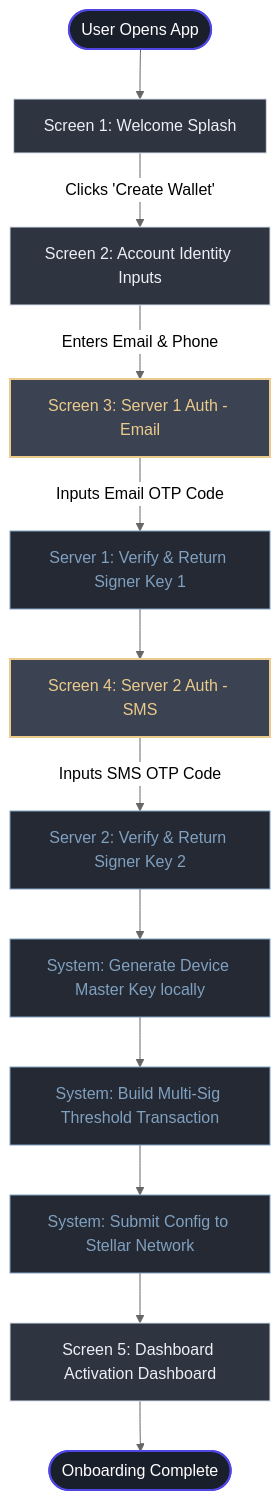
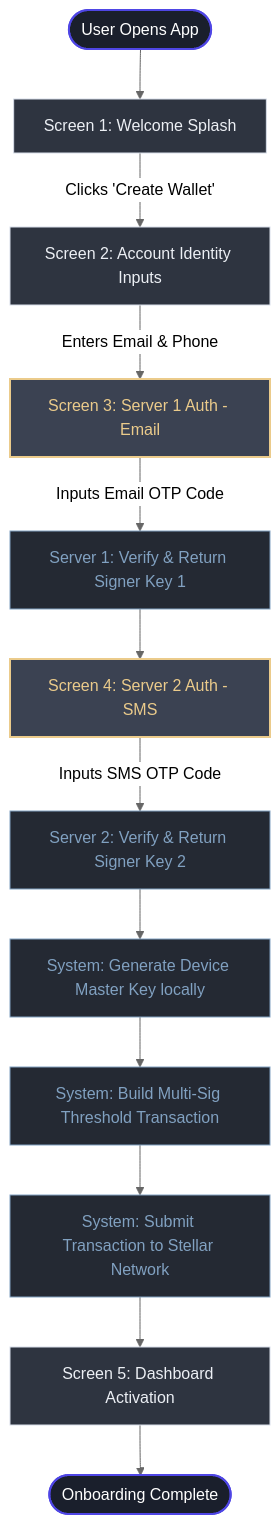
The second of 2 diagrams in submissions/scf_phase2_deliverables.md (CodelnGhana/codelnpay-project), drawn with Mermaid (neutral theme) before and after one commit. The commit also changed other lines of this file, not shown here.

````diff
--- a/submissions/scf_phase2_deliverables.md
+++ b/submissions/scf_phase2_deliverables.md
@@ -52,31 +60,31 @@
 ```mermaid
 graph TD
     %% Styling Configuration
     classDef startEnd fill:#1A1F2C,stroke:#4F46E5,stroke-width:2px,color:#fff;
     classDef process fill:#2E3440,stroke:#D8DEE9,stroke-width:1px,color:#ECEFF4;
     classDef auth fill:#3B4252,stroke:#EBCB8B,stroke-width:2px,color:#EBCB8B;
     classDef system fill:#242933,stroke:#81A1C1,stroke-width:1px,color:#81A1C1;
 
     %% Flow Steps
     Start([User Opens App]) --> SCR1[Screen 1: Welcome Splash]
     SCR1 -->|Clicks 'Create Wallet'| SCR2[Screen 2: Account Identity Inputs]
     
     SCR2 -->|Enters Email & Phone| SCR3[Screen 3: Server 1 Auth - Email]
     SCR3 -->|Inputs Email OTP Code| SYS1[Server 1: Verify & Return Signer Key 1]
     
     SYS1 --> SCR4[Screen 4: Server 2 Auth - SMS]
     SCR4 -->|Inputs SMS OTP Code| SYS2[Server 2: Verify & Return Signer Key 2]
     
     SYS2 --> SYS3[System: Generate Device Master Key locally]
     SYS3 --> SYS4[System: Build Multi-Sig Threshold Transaction]
-    SYS4 --> SYS5[System: Submit Config to Stellar Network]
+    SYS4 --> SYS5[System: Submit Transaction to Stellar Network]
     
-    SYS5 --> SCR5[Screen 5: Dashboard Activation Dashboard]
+    SYS5 --> SCR5[Screen 5: Dashboard Activation]
     SCR5 --> End([Onboarding Complete])
 
     %% Assign Styles
     class Start,End startEnd;
     class SCR1,SCR2,SCR5 process;
     class SCR3,SCR4 auth;
     class SYS1,SYS2,SYS3,SYS4,SYS5 system;
 ```
````
